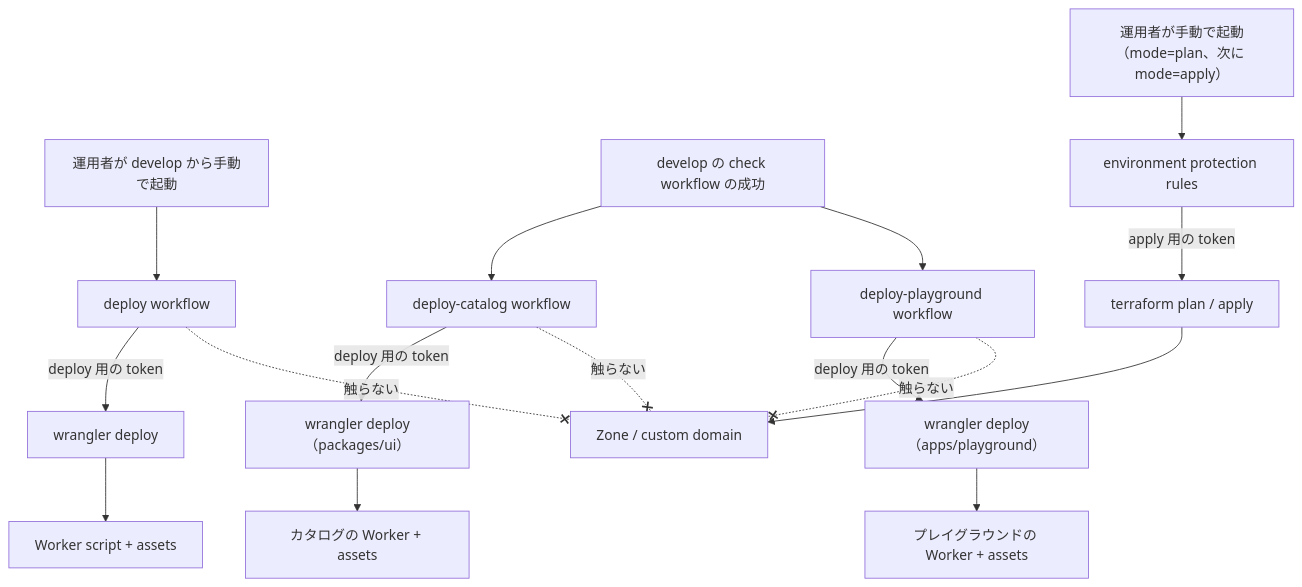
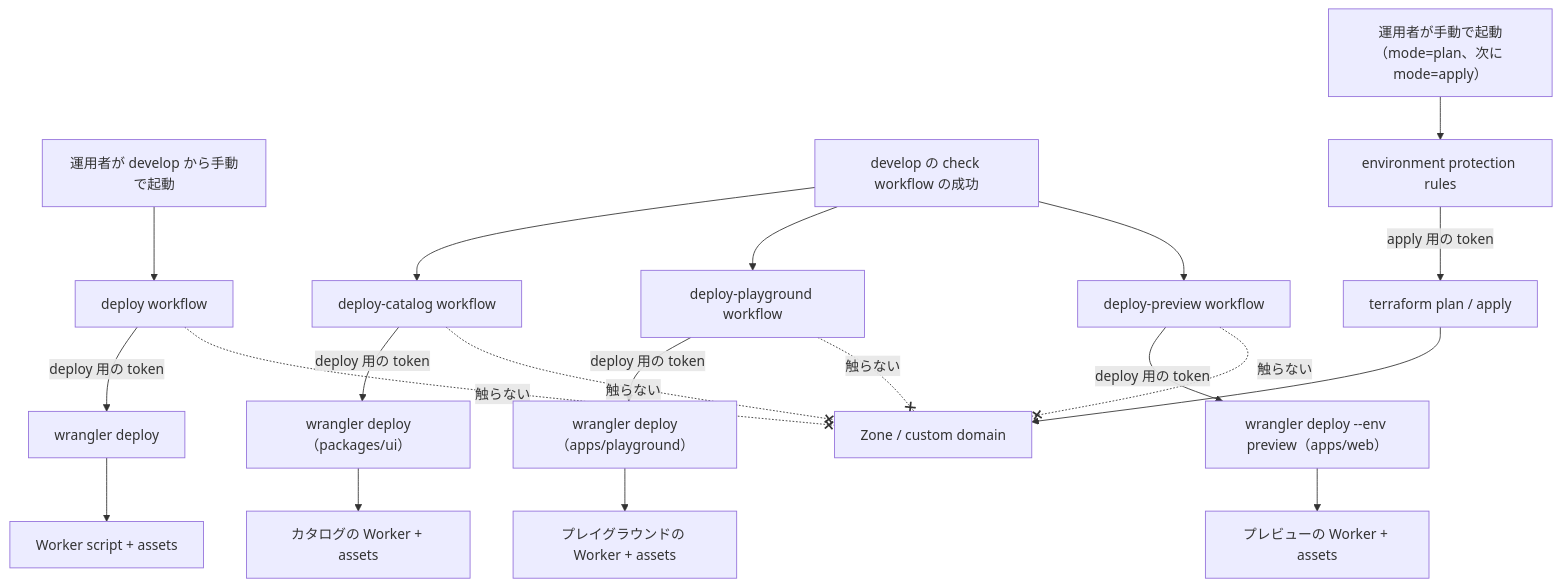
Before and after one commit to Fukuemon/fukuemon.dev: the diagram in infra/DesignDoc.md, drawn with Mermaid. The commit also changed other lines of this file and 1 other file, not shown here.

Commit message:
docs: プレビューの Worker の配信の条件とヘッダを書く #84

````diff
--- a/infra/DesignDoc.md
+++ b/infra/DesignDoc.md
@@ -43,18 +43,22 @@
 ```mermaid
 flowchart TD
     dmanual["運用者が develop から手動で起動"] --> ci["deploy workflow"]
     ci -->|"deploy 用の token"| wd["wrangler deploy"]
     wd --> worker["Worker script + assets"]
     check["develop の check workflow の成功"] --> cci["deploy-catalog workflow"]
     cci -->|"deploy 用の token"| cwd["wrangler deploy（packages/ui）"]
     cwd --> catalog["カタログの Worker + assets"]
     check --> pci["deploy-playground workflow"]
     pci -->|"deploy 用の token"| pwd["wrangler deploy（apps/playground）"]
     pwd --> playground["プレイグラウンドの Worker + assets"]
+    check --> vci["deploy-preview workflow"]
+    vci -->|"deploy 用の token"| vwd["wrangler deploy --env preview（apps/web）"]
+    vwd --> preview["プレビューの Worker + assets"]
     manual["運用者が手動で起動（mode=plan、次に mode=apply）"] --> env["environment protection rules"]
     env -->|"apply 用の token"| tf["terraform plan / apply"]
     tf --> base["Zone / custom domain"]
     ci -. "触らない" .-x base
     cci -. "触らない" .-x base
     pci -. "触らない" .-x base
+    vci -. "触らない" .-x base
 ```
````
